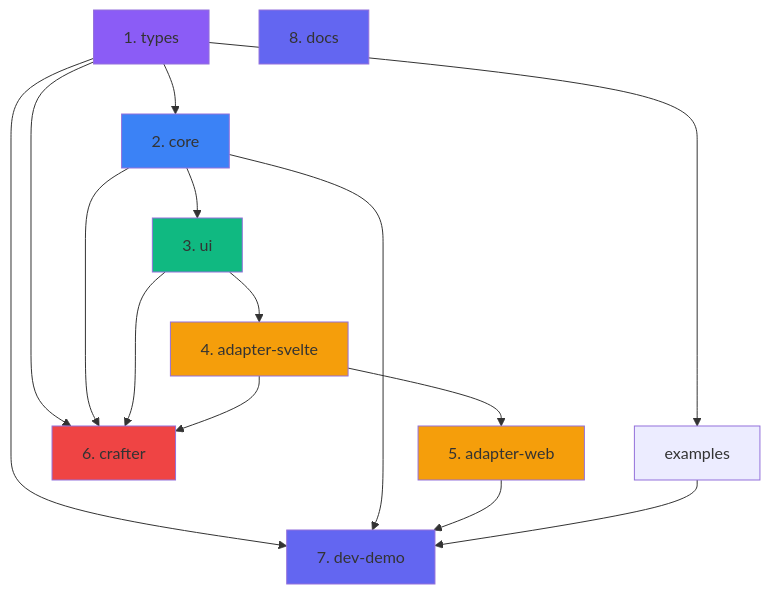
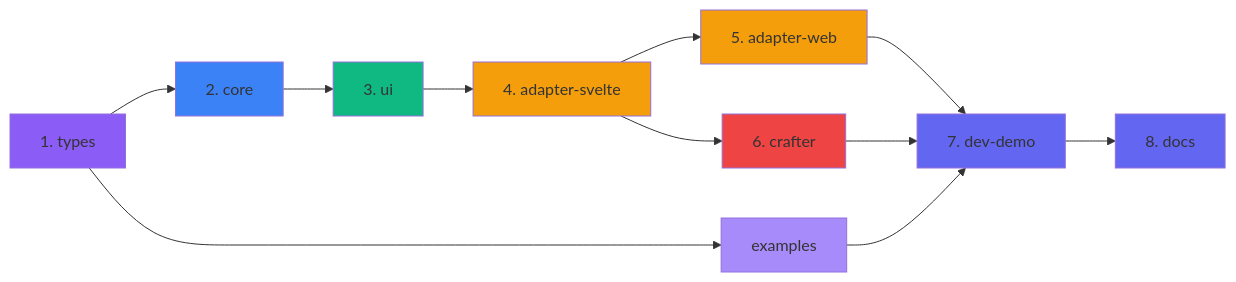
The sixth of 6 diagrams in apps/docs/src/arc42/05-building-block-view.md (mainzcript/ujl), drawn with Mermaid before and after one commit. The commit also changed other lines of this file and 2 other files, not shown here.

Commit message:
docs: enhance architecture documentation with flowcharts and clarify component responsibilities across layers

````diff
--- a/apps/docs/src/arc42/05-building-block-view.md
+++ b/apps/docs/src/arc42/05-building-block-view.md
@@ -1126,38 +1057,27 @@
 ```mermaid
-graph TB
-    Types[1. types]
-    Core[2. core]
-    UI[3. ui]
-    AdapterSvelte[4. adapter-svelte]
-    AdapterWeb[5. adapter-web]
-    Crafter[6. crafter]
-    DevDemo[7. dev-demo]
-    Docs[8. docs]
-    Examples[examples]
+graph LR
+    Types[1. types] --> Core[2. core]
+    Core --> UI[3. ui]
+    UI --> AdapterSvelte[4. adapter-svelte]
 
-    Types --> Core
-    Core --> UI
-    UI --> AdapterSvelte
-    AdapterSvelte --> AdapterWeb
+    AdapterSvelte --> AdapterWeb[5. adapter-web]
+    AdapterSvelte --> Crafter[6. crafter]
 
-    Types --> Crafter
-    Core --> Crafter
-    UI --> Crafter
-    AdapterSvelte --> Crafter
+    AdapterWeb --> DevDemo[7. dev-demo]
+    Crafter --> DevDemo
 
-    Types --> DevDemo
-    Core --> DevDemo
-    AdapterWeb --> DevDemo
+    Types --> Examples[examples]
     Examples --> DevDemo
 
-    Types --> Examples
+    DevDemo --> Docs[8. docs]
 
     style Types fill:#8b5cf6
     style Core fill:#3b82f6
     style UI fill:#10b981
     style AdapterSvelte fill:#f59e0b
     style AdapterWeb fill:#f59e0b
     style Crafter fill:#ef4444
     style DevDemo fill:#6366f1
     style Docs fill:#6366f1
+    style Examples fill:#a78bfa
 ```
````
